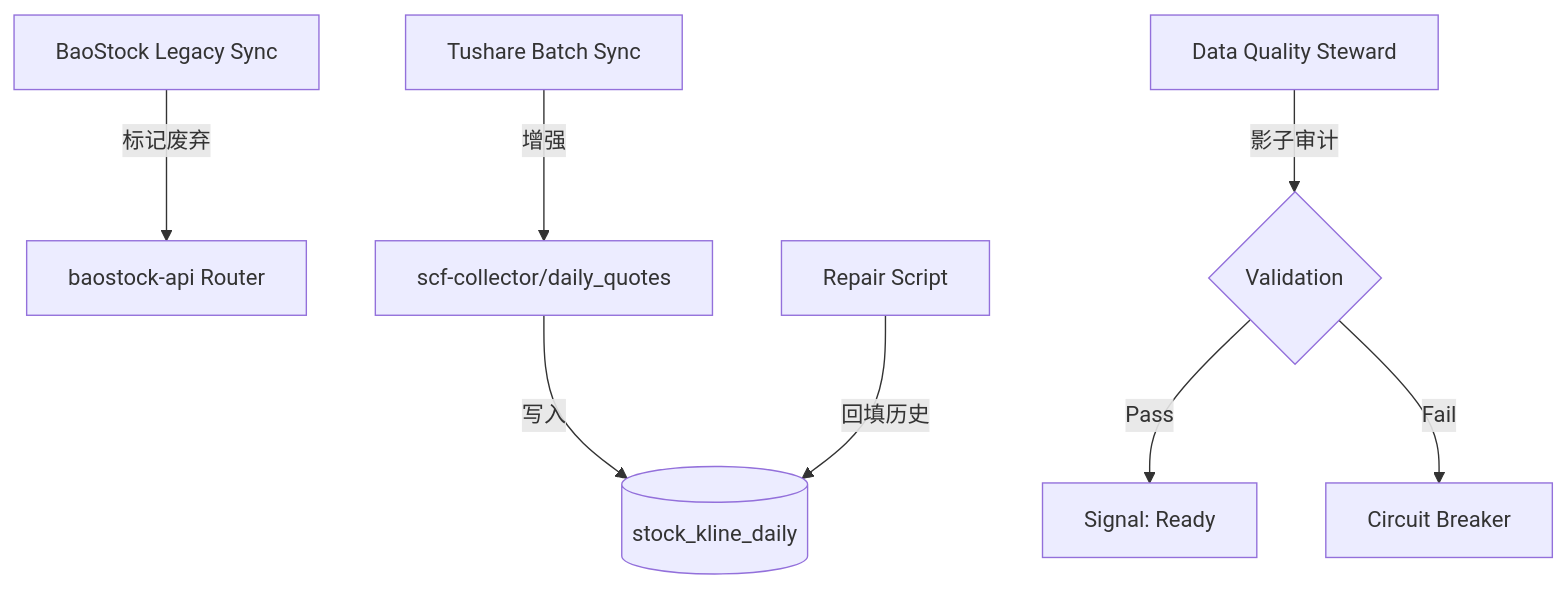
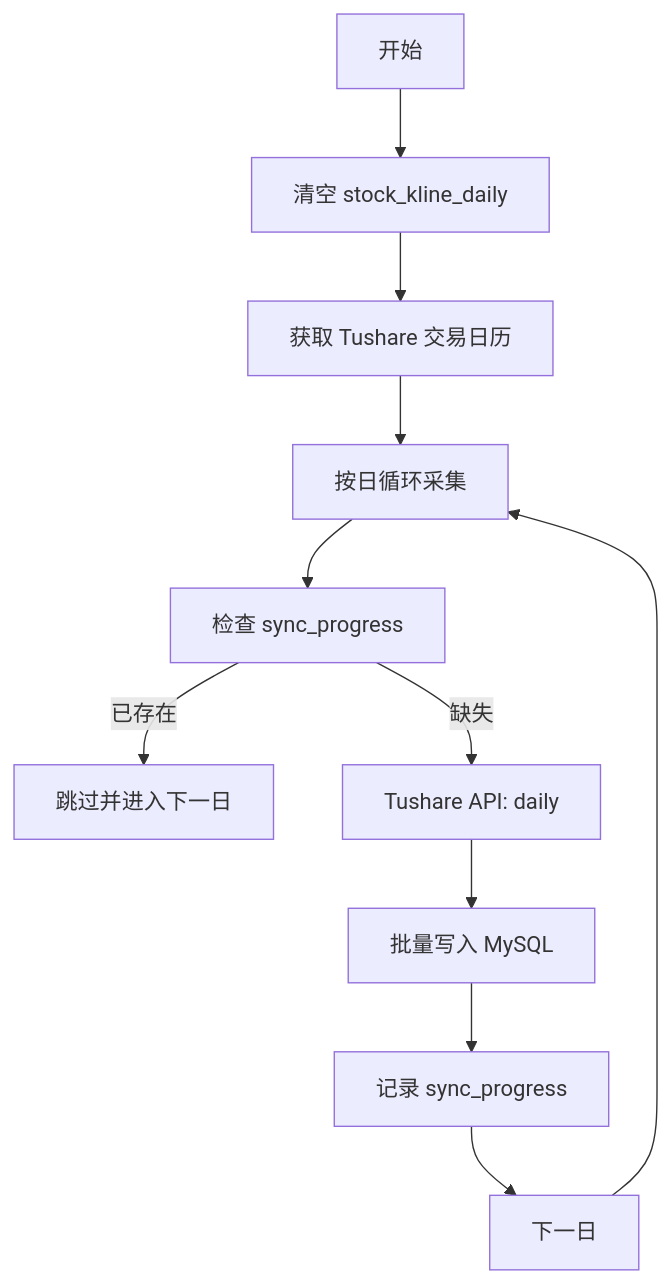
Before and after one commit to bxgh/microservice-stock: the diagram in scf-collector/docs/features/tushare_migration/design/draft_E13.md, drawn with Mermaid. The commit also changed other lines of this file and 3 other files, not shown here.

````diff
--- a/scf-collector/docs/features/tushare_migration/design/draft_E13.md
+++ b/scf-collector/docs/features/tushare_migration/design/draft_E13.md
@@ -19,10 +29,13 @@
 ```mermaid
 graph TD
-  A[BaoStock Legacy Sync] -- 标记废弃 --> B[baostock-api Router]
-  C[Tushare Batch Sync] -- 增强 --> D[scf-collector/daily_quotes]
-  D -- 写入 --> E[(stock_kline_daily)]
-  F[Repair Script] -- 回填历史 --> E
-  G[Data Quality Steward] -- 影子审计 --> H{Validation}
-  H -- Pass --> I[Signal: Ready]
-  H -- Fail --> J[Circuit Breaker]
+  Start[开始] --> Truncate[清空 stock_kline_daily]
+  Truncate --> GetCal[获取 Tushare 交易日历]
+  GetCal --> Loop[按日循环采集]
+  Loop --> Check[检查 sync_progress]
+  Check -- 已存在 --> Skip[跳过并进入下一日]
+  Check -- 缺失 --> Fetch[Tushare API: daily]
+  Fetch --> Save[批量写入 MySQL]
+  Save --> Log[记录 sync_progress]
+  Log --> Next[下一日]
+  Next --> Loop
 ```
````
